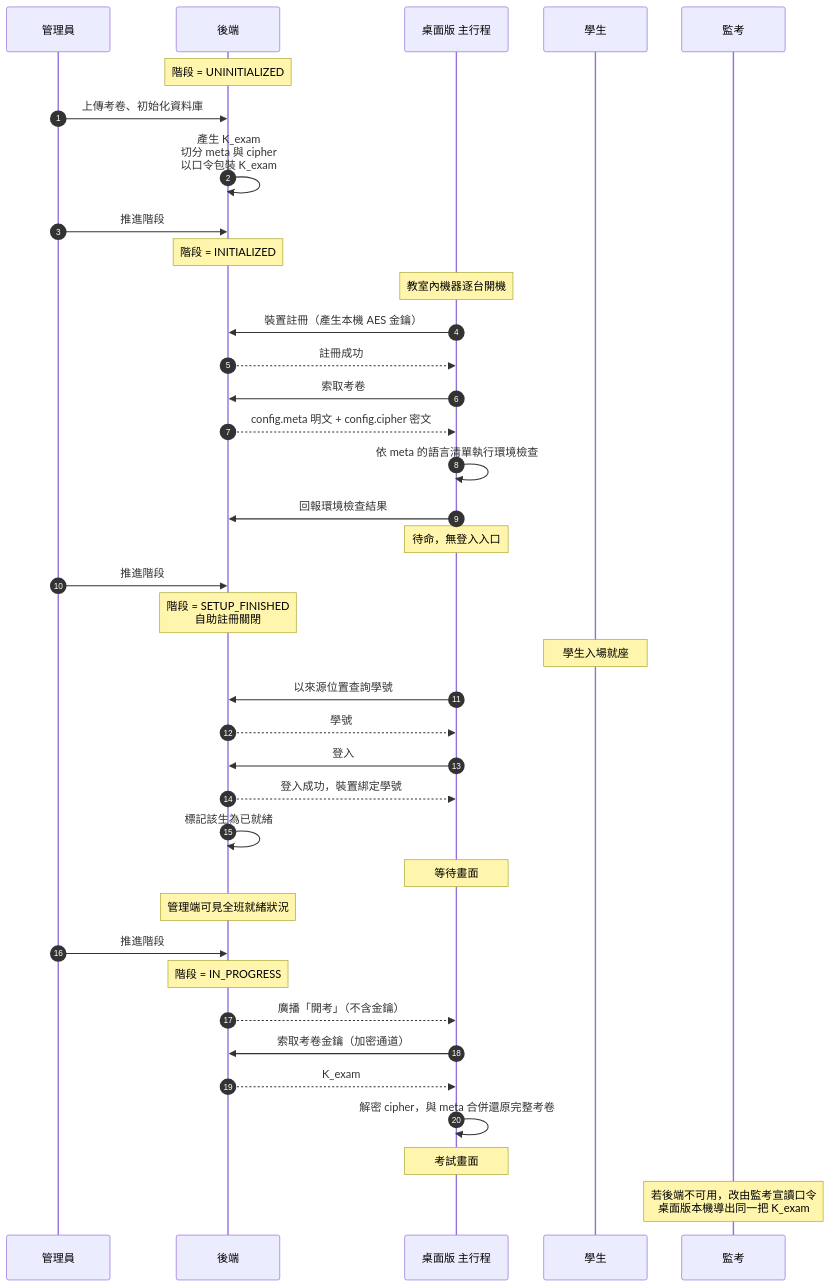
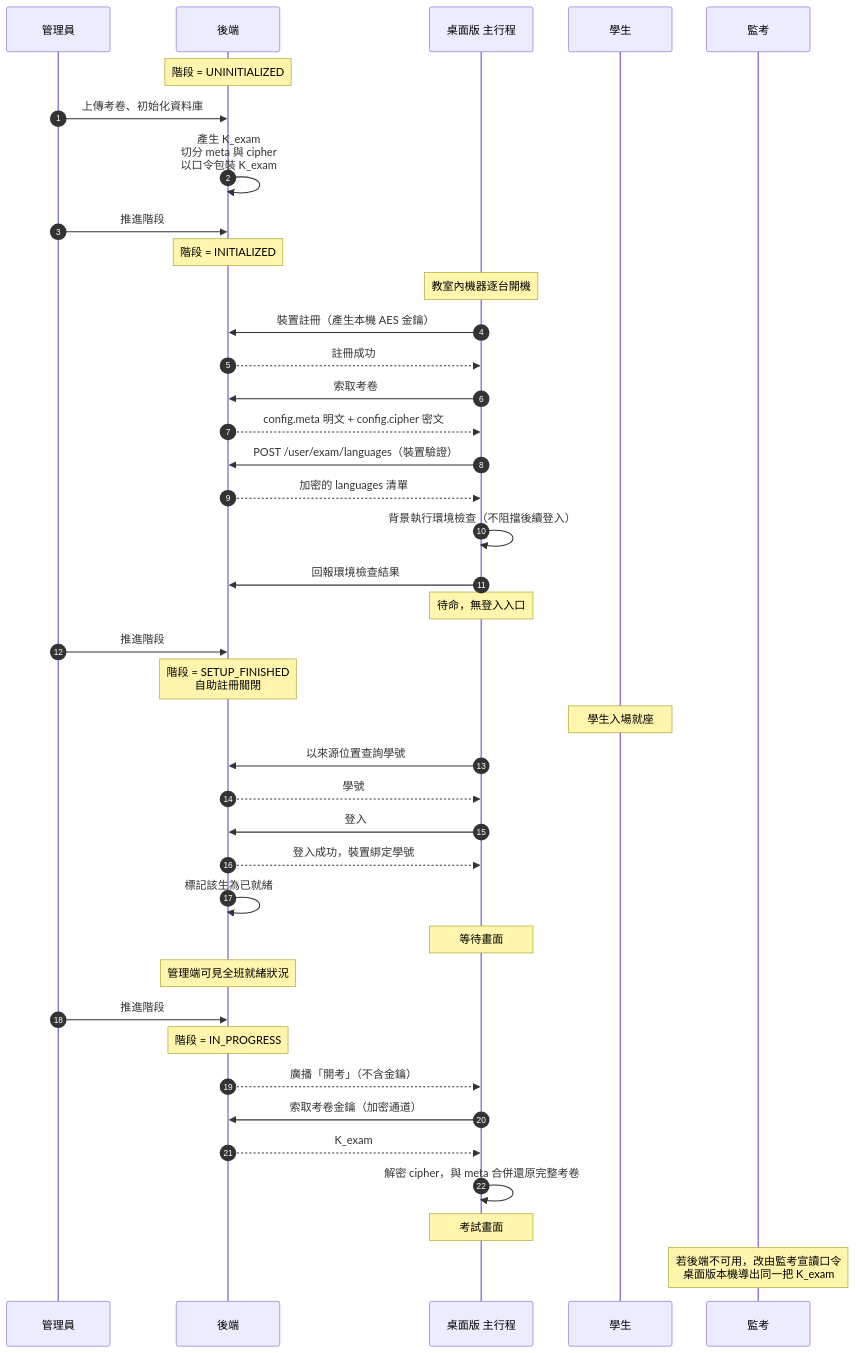
The second of 11 diagrams in EXAM-LIFECYCLE.md (Rduanchen/ntut-exam-v2), drawn with Mermaid before and after one commit. The commit also changed other lines of this file and 34 other files, not shown here.

````diff
--- a/EXAM-LIFECYCLE.md
+++ b/EXAM-LIFECYCLE.md
@@ -155,46 +155,48 @@
 ```mermaid
 sequenceDiagram
     autonumber
     participant AD as 管理員
     participant BE as 後端
     participant DT as 桌面版 主行程
     participant ST as 學生
     participant PR as 監考
 
     Note over BE: 階段 = UNINITIALIZED
     AD->>BE: 上傳考卷、初始化資料庫
     BE->>BE: 產生 K_exam<br/>切分 meta 與 cipher<br/>以口令包裝 K_exam
     AD->>BE: 推進階段
     Note over BE: 階段 = INITIALIZED
 
     Note over DT: 教室內機器逐台開機
     DT->>BE: 裝置註冊（產生本機 AES 金鑰）
     BE-->>DT: 註冊成功
     DT->>BE: 索取考卷
     BE-->>DT: config.meta 明文 + config.cipher 密文
-    DT->>DT: 依 meta 的語言清單執行環境檢查
+    DT->>BE: POST /user/exam/languages（裝置驗證）
+    BE-->>DT: 加密的 languages 清單
+    DT->>DT: 背景執行環境檢查（不阻擋後續登入）
     DT->>BE: 回報環境檢查結果
     Note over DT: 待命，無登入入口
 
     AD->>BE: 推進階段
     Note over BE: 階段 = SETUP_FINISHED<br/>自助註冊關閉
 
     Note over ST: 學生入場就座
     DT->>BE: 以來源位置查詢學號
     BE-->>DT: 學號
     DT->>BE: 登入
     BE-->>DT: 登入成功，裝置綁定學號
     BE->>BE: 標記該生為已就緒
     Note over DT: 等待畫面
     Note over BE: 管理端可見全班就緒狀況
 
     AD->>BE: 推進階段
     Note over BE: 階段 = IN_PROGRESS
     BE-->>DT: 廣播「開考」（不含金鑰）
     DT->>BE: 索取考卷金鑰（加密通道）
     BE-->>DT: K_exam
     DT->>DT: 解密 cipher，與 meta 合併還原完整考卷
     Note over DT: 考試畫面
 
     Note over PR: 若後端不可用，改由監考宣讀口令<br/>桌面版本機導出同一把 K_exam
 ```
````
